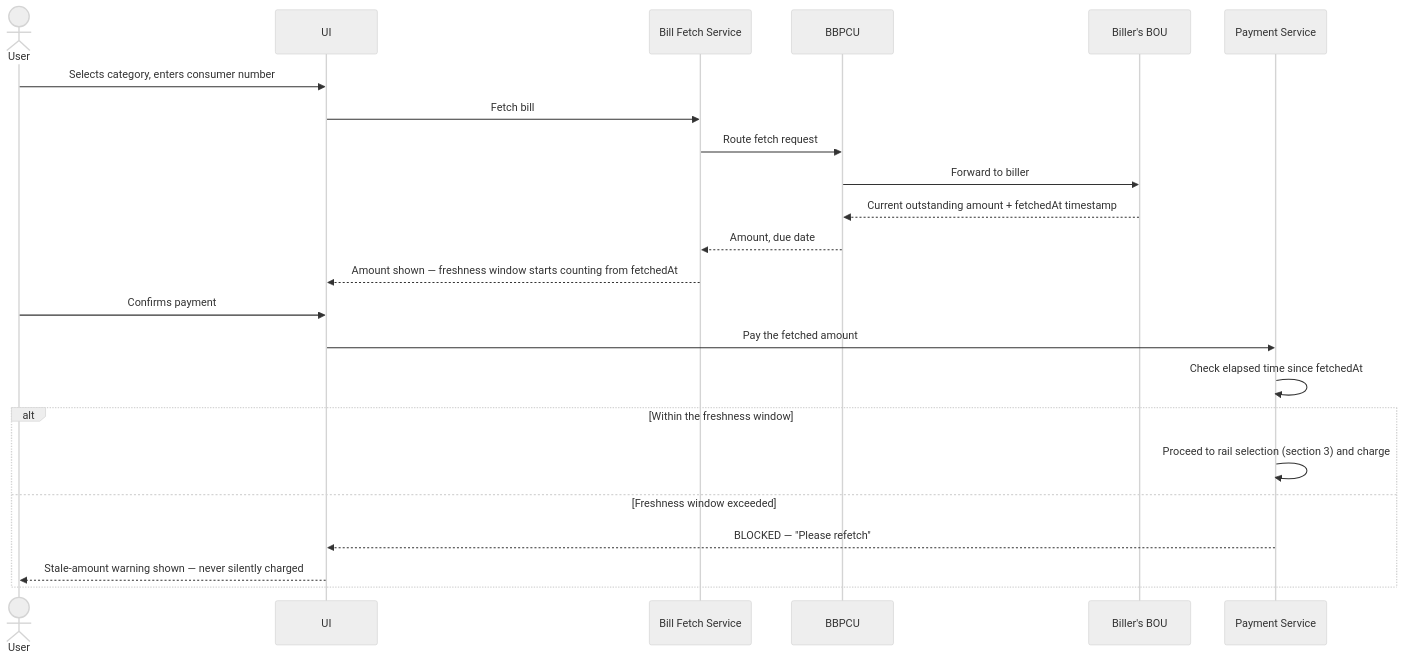
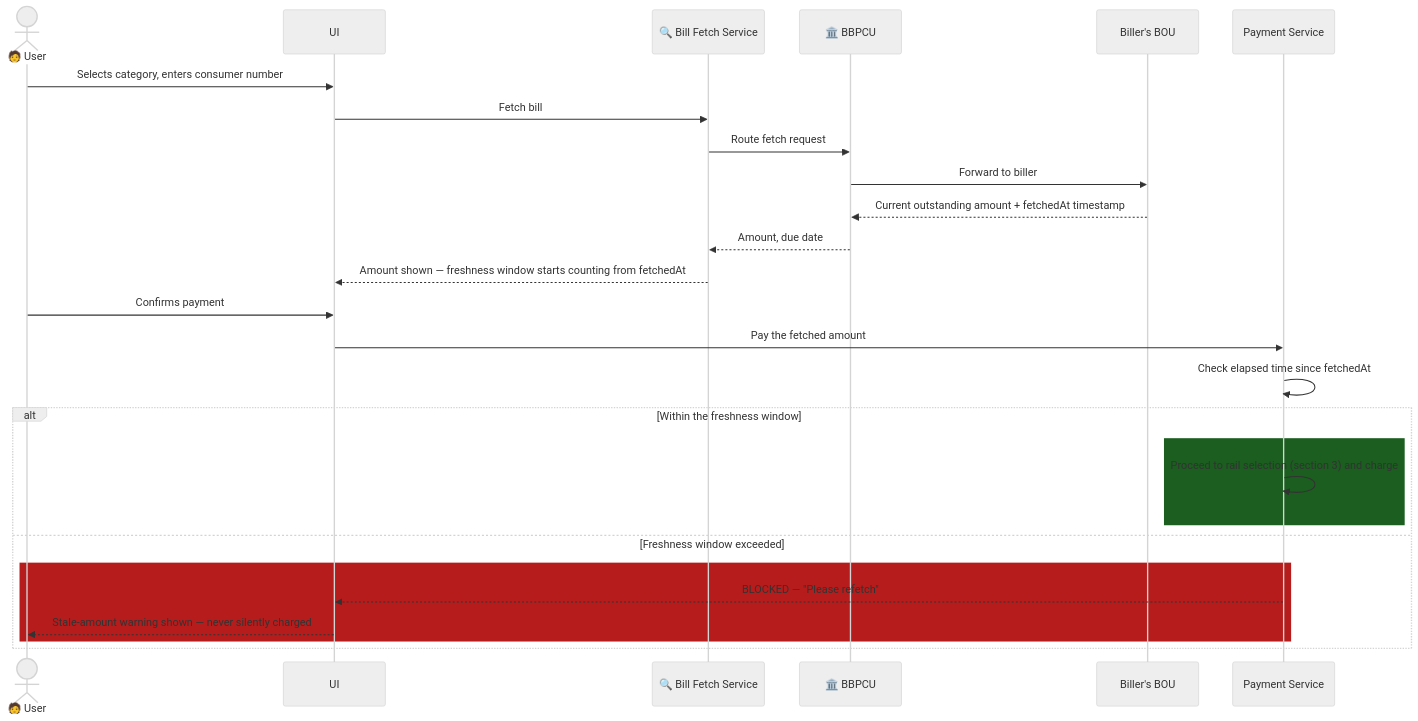
One commit to ghanendra-sdet/bbps-bill-payment-platform changed the second of 5 diagrams in docs/architecture-and-flow.md. Above: the diagram before and after it, drawn with Mermaid (neutral theme). The commit also changed other lines of this file, not shown here.

Commit message:
docs: enrich architecture diagrams, remove stale cross-document references

````diff
--- a/docs/architecture-and-flow.md
+++ b/docs/architecture-and-flow.md
@@ -49,26 +60,30 @@
 ```mermaid
 sequenceDiagram
-    actor User
+    actor User as 🧑 User
     participant UI
-    participant BF as Bill Fetch Service
-    participant BBPCU
+    participant BF as 🔍 Bill Fetch Service
+    participant BBPCU as 🏛️ BBPCU
     participant BOU as Biller's BOU
     participant Pay as Payment Service
 
     User->>UI: Selects category, enters consumer number
     UI->>BF: Fetch bill
     BF->>BBPCU: Route fetch request
     BBPCU->>BOU: Forward to biller
     BOU-->>BBPCU: Current outstanding amount + fetchedAt timestamp
     BBPCU-->>BF: Amount, due date
     BF-->>UI: Amount shown — freshness window starts counting from fetchedAt
     User->>UI: Confirms payment
     UI->>Pay: Pay the fetched amount
     Pay->>Pay: Check elapsed time since fetchedAt
     alt Within the freshness window
+        rect rgb(27, 94, 32)
         Pay->>Pay: Proceed to rail selection (section 3) and charge
+        end
     else Freshness window exceeded
+        rect rgb(183, 28, 28)
         Pay-->>UI: BLOCKED — "Please refetch"
         UI-->>User: Stale-amount warning shown — never silently charged
+        end
     end
 ```
````
